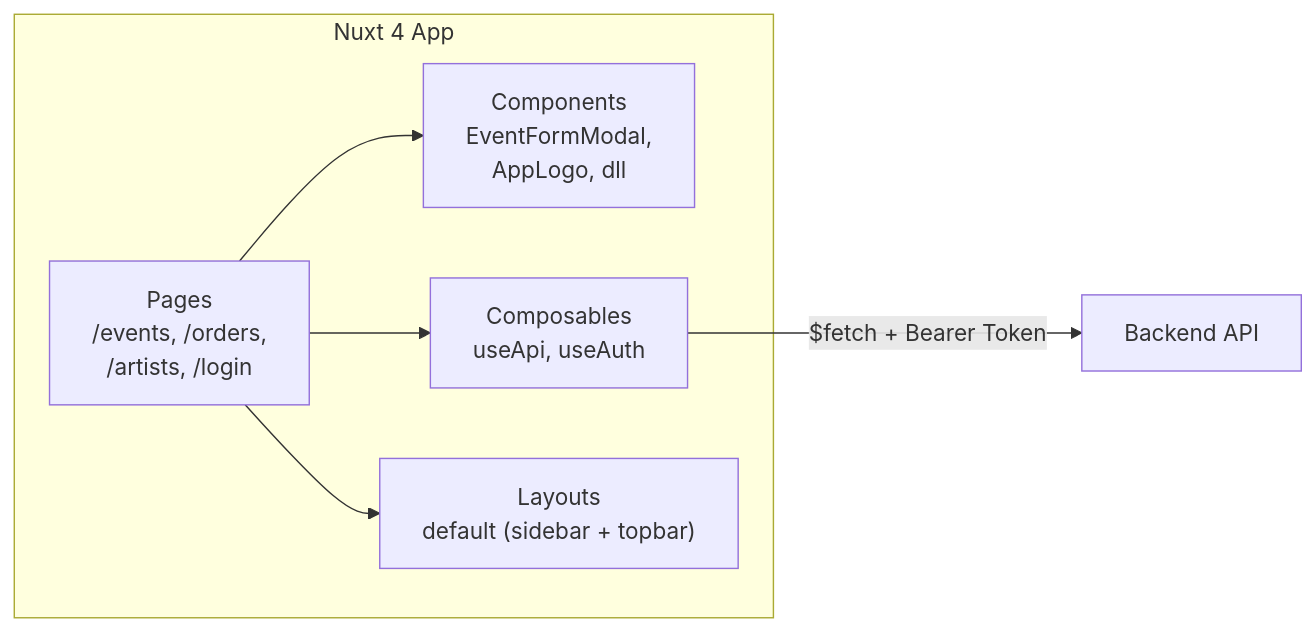
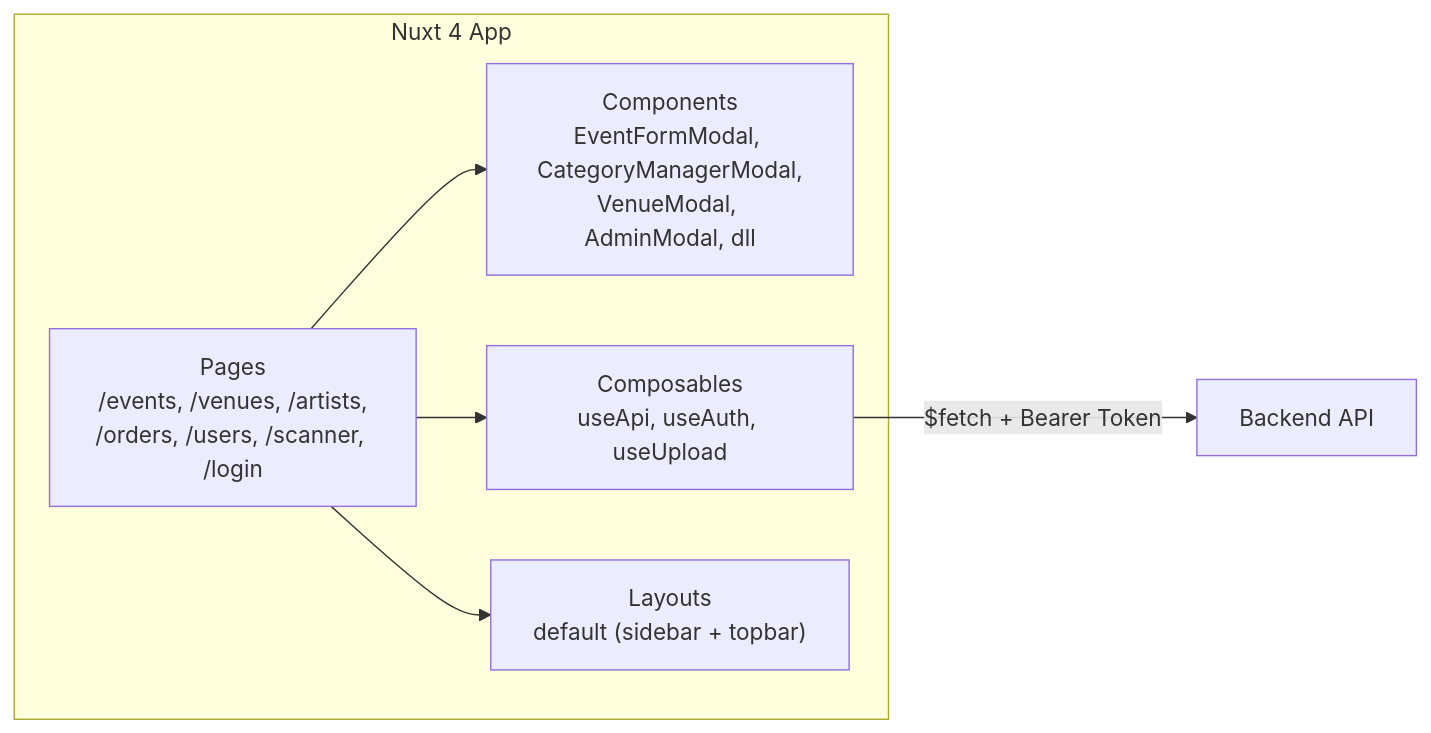
One commit to Artdi222/GG-Tix changed the second of 7 diagrams in prd/GG Tix - Dokumen Konsep Lengkap.md. Above: the diagram before and after it, drawn with Mermaid. The commit also changed other lines of this file and 12 other files, not shown here.

````diff
--- a/prd/GG Tix - Dokumen Konsep Lengkap.md
+++ b/prd/GG Tix - Dokumen Konsep Lengkap.md
@@ -159,14 +164,14 @@
 ```mermaid
 graph LR
     subgraph "Nuxt 4 App"
-        Pages["Pages<br/>/events, /orders,<br/>/artists, /login"]
-        Components["Components<br/>EventFormModal,<br/>AppLogo, dll"]
-        Composables["Composables<br/>useApi, useAuth"]
+        Pages["Pages<br/>/events, /venues, /artists,<br/>/orders, /users, /scanner, /login"]
+        Components["Components<br/>EventFormModal, CategoryManagerModal,<br/>VenueModal, AdminModal, dll"]
+        Composables["Composables<br/>useApi, useAuth, useUpload"]
         Layouts["Layouts<br/>default (sidebar + topbar)"]
     end
 
     Pages --> Components
     Pages --> Composables
     Pages --> Layouts
     Composables -->|"$fetch + Bearer Token"| API["Backend API"]
 ```
````
